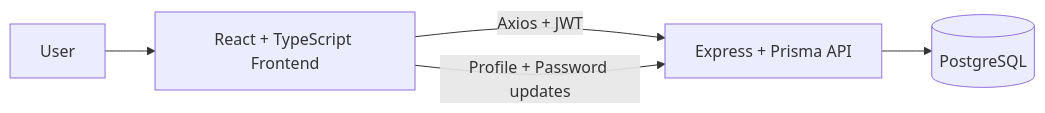
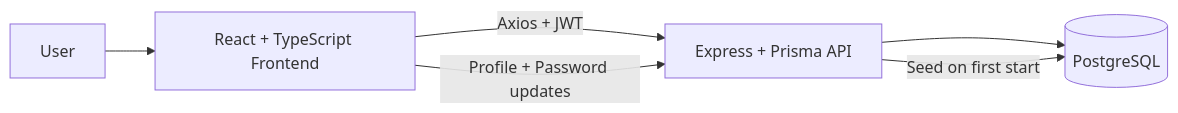
The first of 6 diagrams in README.md (Arbab-ofc/DashFlow), drawn with Mermaid before and after one commit. The commit also changed other lines of this file, not shown here.

Commit message:
Document seeding and update diagrams

````diff
--- a/README.md
+++ b/README.md
@@ -60,7 +61,8 @@
 ```mermaid
 flowchart LR
   U[User] --> FE[React + TypeScript Frontend]
   FE -->|Axios + JWT| BE[Express + Prisma API]
   BE --> DB[(PostgreSQL)]
   FE -->|Profile + Password updates| BE
+  BE -->|Seed on first start| DB
 ```
````
